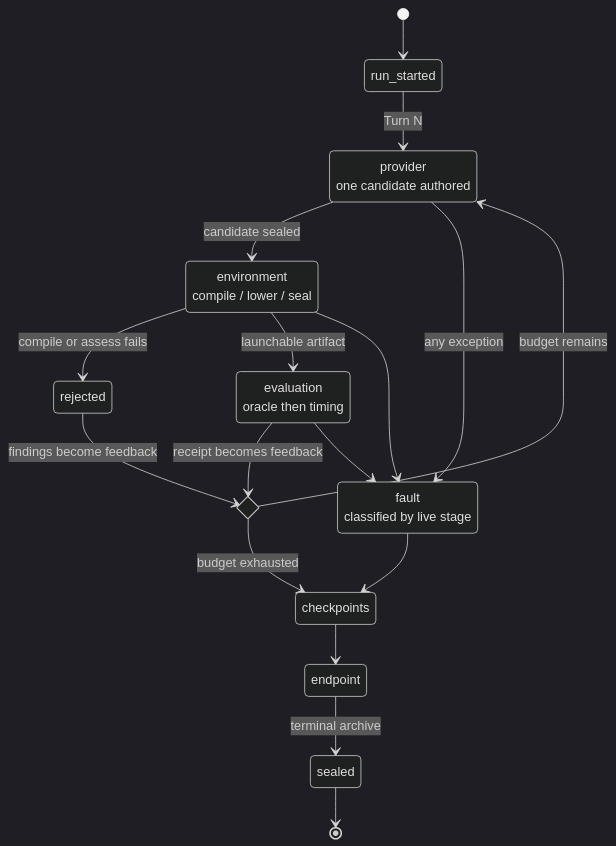
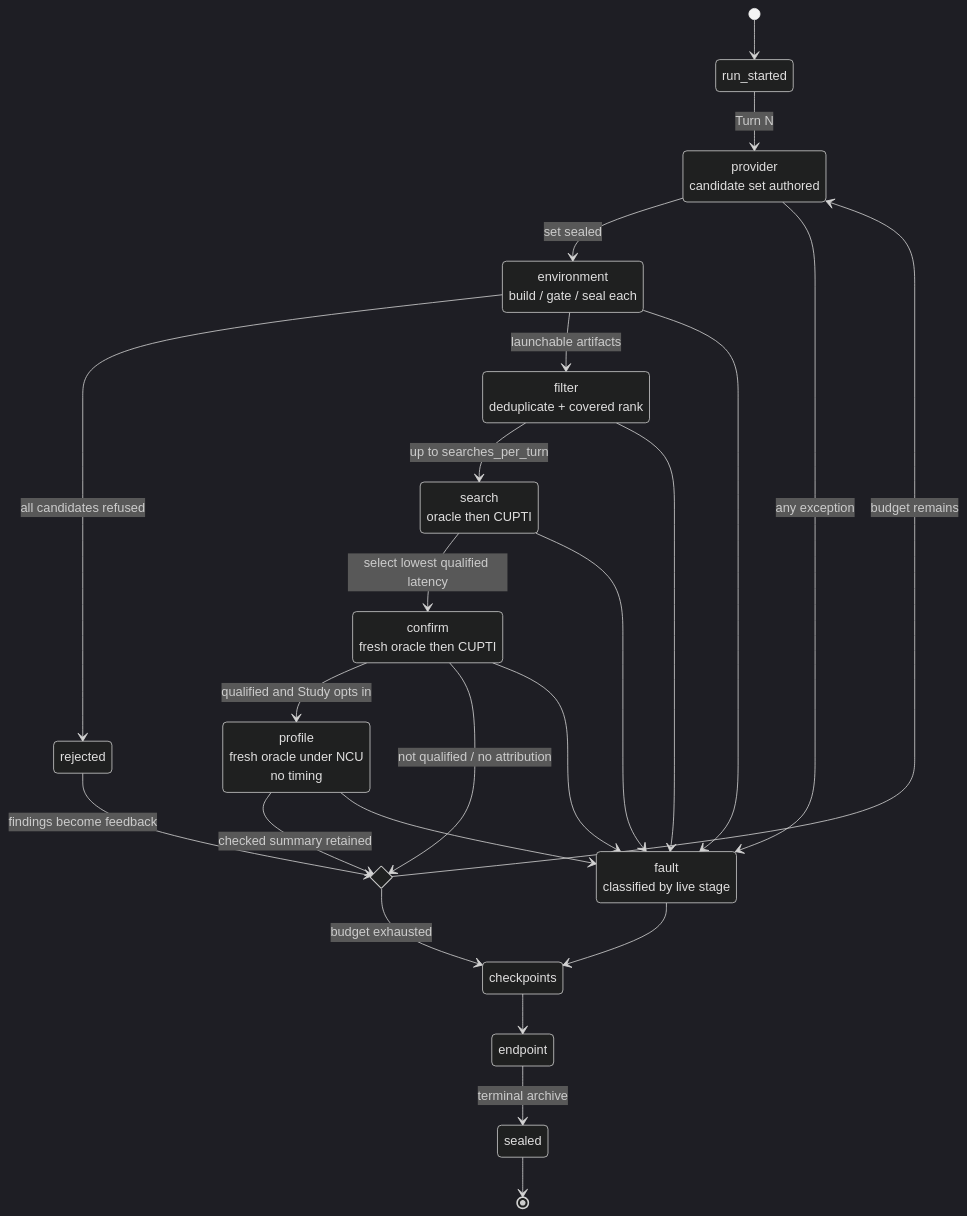
One commit to qhy991/open-cake-ir changed the fifth of 7 diagrams in docs/ARCHITECTURE.md. Above: the diagram before and after it, drawn with Mermaid (dark theme). The commit also changed other lines of this file and 29 other files, not shown here.

````diff
--- a/docs/ARCHITECTURE.md
+++ b/docs/ARCHITECTURE.md
@@ -158,28 +158,38 @@
 ```mermaid
 stateDiagram-v2
     direction TB
-    state "provider<br/>one candidate authored" as provider
-    state "environment<br/>compile / lower / seal" as environment
-    state "evaluation<br/>oracle then timing" as evaluation
+    state "provider<br/>candidate set authored" as provider
+    state "environment<br/>build / gate / seal each" as environment
+    state "filter<br/>deduplicate + covered rank" as filter
+    state "search<br/>oracle then CUPTI" as search
+    state "confirm<br/>fresh oracle then CUPTI" as confirm
+    state "profile<br/>fresh oracle under NCU<br/>no timing" as profile
     state "fault<br/>classified by live stage" as fault
     state budget <<choice>>
 
     [*] --> run_started
     run_started --> provider: Turn N
-    provider --> environment: candidate sealed
-    environment --> rejected: compile or assess fails
-    environment --> evaluation: launchable artifact
+    provider --> environment: set sealed
+    environment --> rejected: all candidates refused
+    environment --> filter: launchable artifacts
+    filter --> search: up to searches_per_turn
+    search --> confirm: select lowest qualified latency
+    confirm --> profile: qualified and Study opts in
+    confirm --> budget: not qualified / no attribution
+    profile --> budget: checked summary retained
     rejected --> budget: findings become feedback
-    evaluation --> budget: receipt becomes feedback
 
     budget --> provider: budget remains
     budget --> checkpoints: budget exhausted
 
     provider --> fault: any exception
     environment --> fault
-    evaluation --> fault
+    filter --> fault
+    search --> fault
+    confirm --> fault
+    profile --> fault
     fault --> checkpoints
     checkpoints --> endpoint
     endpoint --> sealed: terminal archive
     sealed --> [*]
 ```
````
